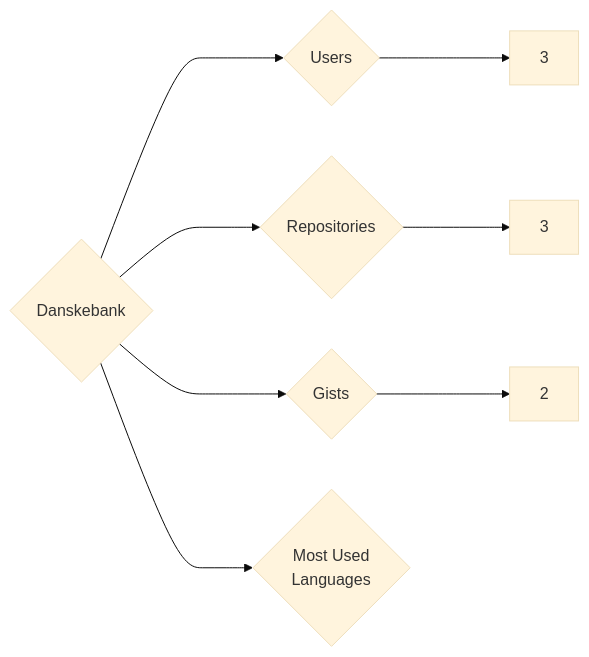
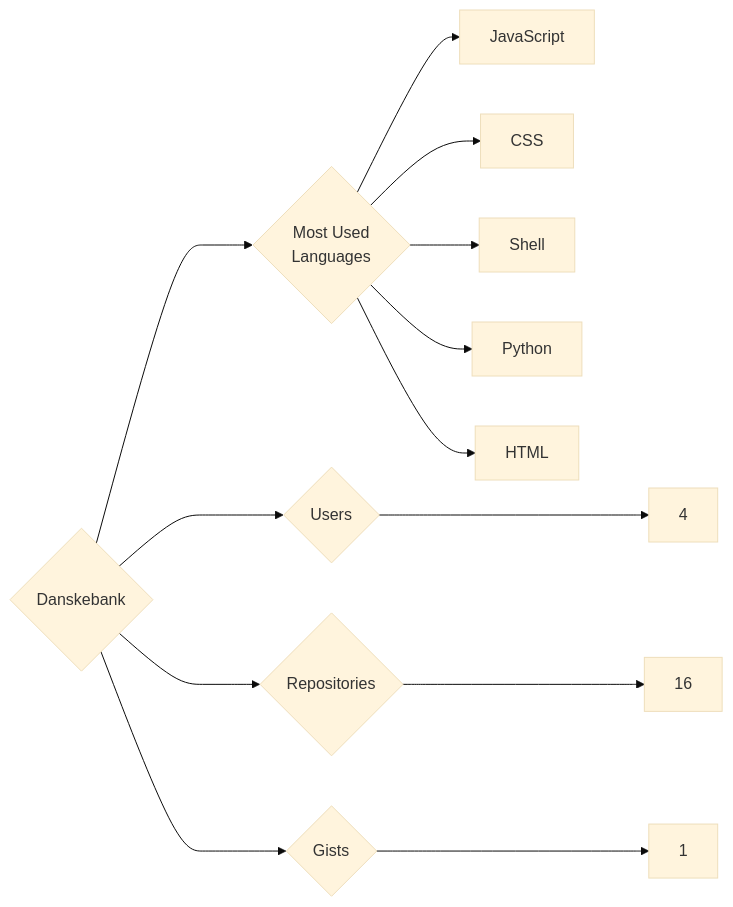
One commit to trickest/insiders changed the diagram in targets/Danskebank/README.md. Above: the diagram before and after it, drawn with Mermaid (base theme). The commit also changed 1166 other files, not shown here.

````diff
--- a/targets/Danskebank/README.md
+++ b/targets/Danskebank/README.md
@@ -3,8 +3,13 @@
 ```mermaid
 graph LR
 COMPANY_NAME{Danskebank}
-COMPANY_NAME ---> U{Users} ---> UN[3]
-COMPANY_NAME ---> R{Repositories} ---> RN[3]
-COMPANY_NAME ---> G{Gists} ---> GN[2]
+COMPANY_NAME ---> U{Users} ---> UN[4]
+COMPANY_NAME ---> R{Repositories} ---> RN[16]
+COMPANY_NAME ---> G{Gists} ---> GN[1]
 COMPANY_NAME ---> ML{Most Used<br>Languages}
+ML --> JavaScript[JavaScript]
+ML --> CSS[CSS]
+ML --> Shell[Shell]
+ML --> Python[Python]
+ML --> HTML[HTML]
 ```
````
